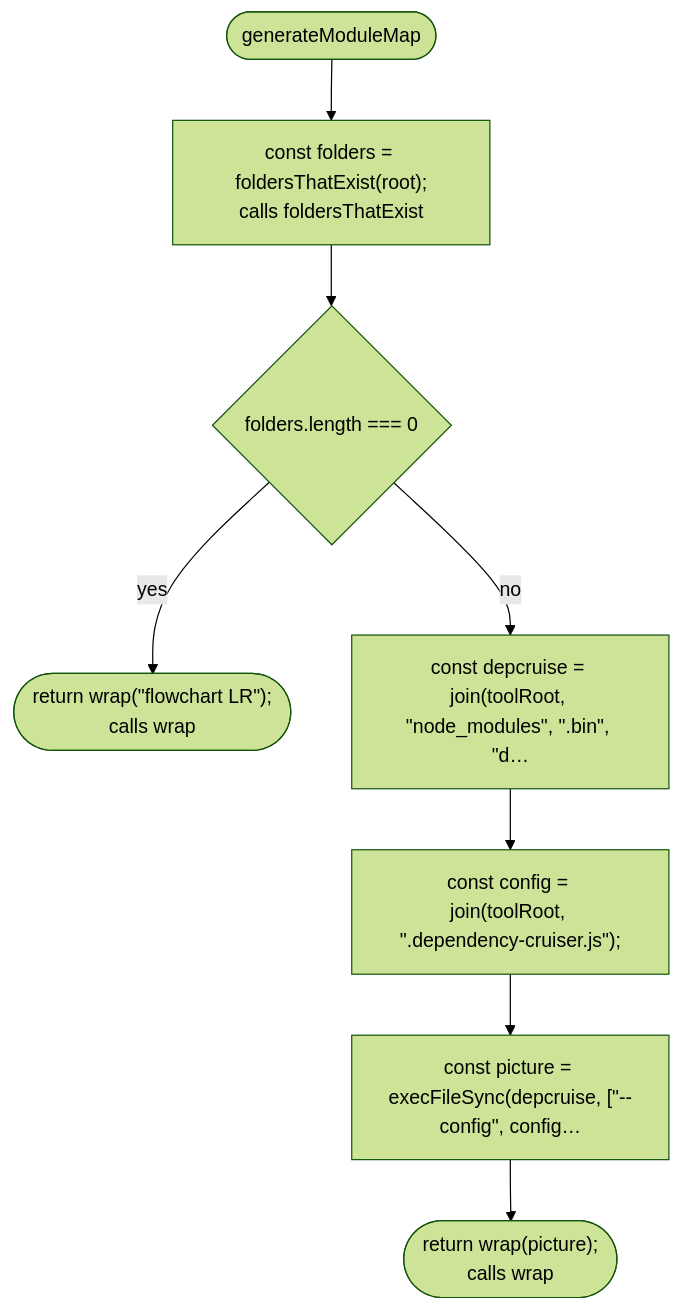
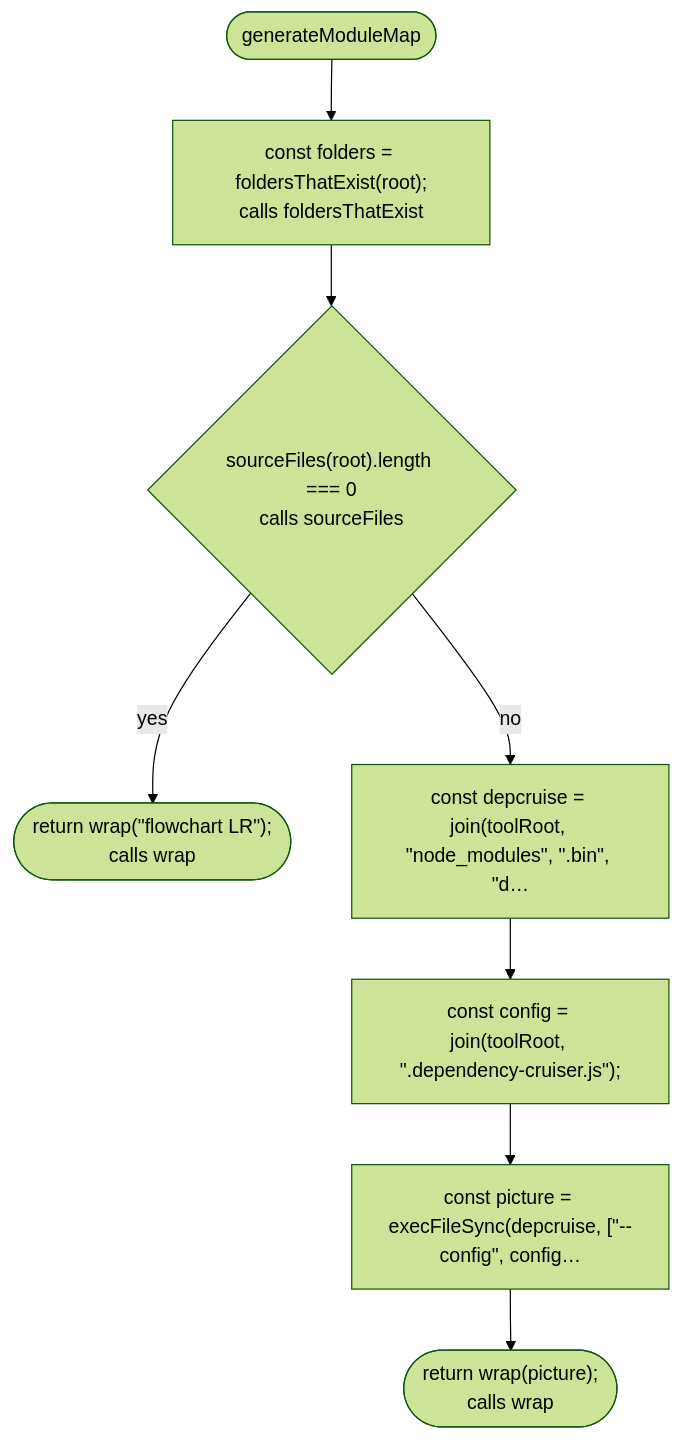
The third of 3 diagrams in docs/flows/tools/diagrams/modules.md (NewDara-Star/world-engine), drawn with Mermaid (forest theme) before and after one commit. The commit also changed 9 other files, not shown here.

First line of the commit message:
Scope 002: diagram gate script, design-match review lens, rules in CLAUDE.md

````diff
--- a/docs/flows/tools/diagrams/modules.md
+++ b/docs/flows/tools/diagrams/modules.md
@@ -25,18 +25,18 @@
 ```mermaid
 flowchart TD
   n1(["generateModuleMap"])
   n2["const folders = foldersThatExist(root);<br/>calls foldersThatExist"]
-  n3{"folders.length === 0"}
+  n3{"sourceFiles(root).length === 0<br/>calls sourceFiles"}
   n4(["return wrap(#quot;flowchart LR#quot;);<br/>calls wrap"])
   n5["const depcruise = join(toolRoot, #quot;node_modules#quot;, #quot;.bin#quot;, #quot;d…"]
   n6["const config = join(toolRoot, #quot;.dependency-cruiser.js#quot;);"]
   n7["const picture = execFileSync(depcruise, [#quot;--config#quot;, config…"]
   n8(["return wrap(picture);<br/>calls wrap"])
   n1 --> n2
   n2 --> n3
   n3 -->|"yes"| n4
   n3 -->|"no"| n5
   n5 --> n6
   n6 --> n7
   n7 --> n8
 ```
````
